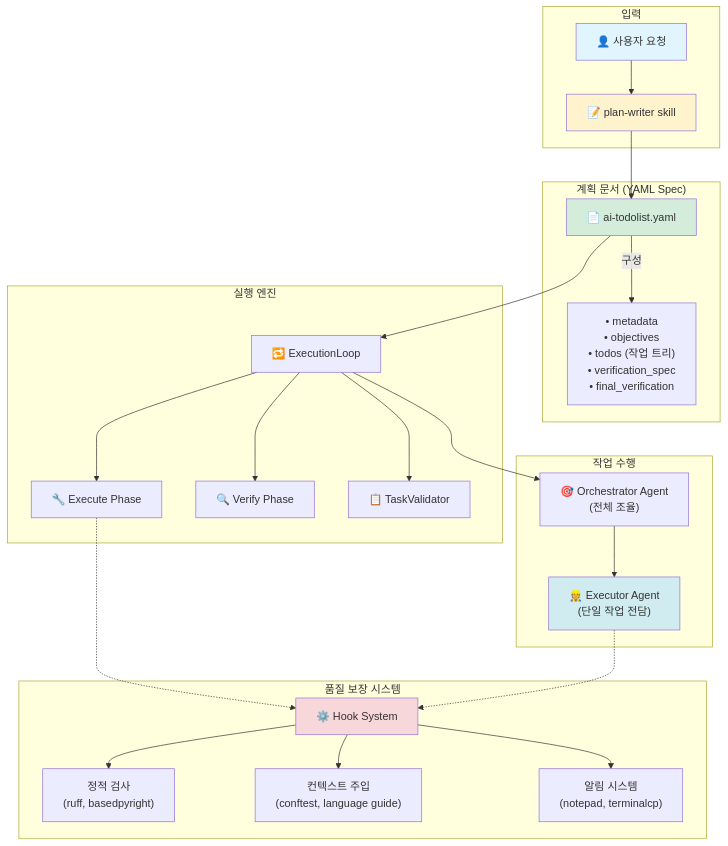
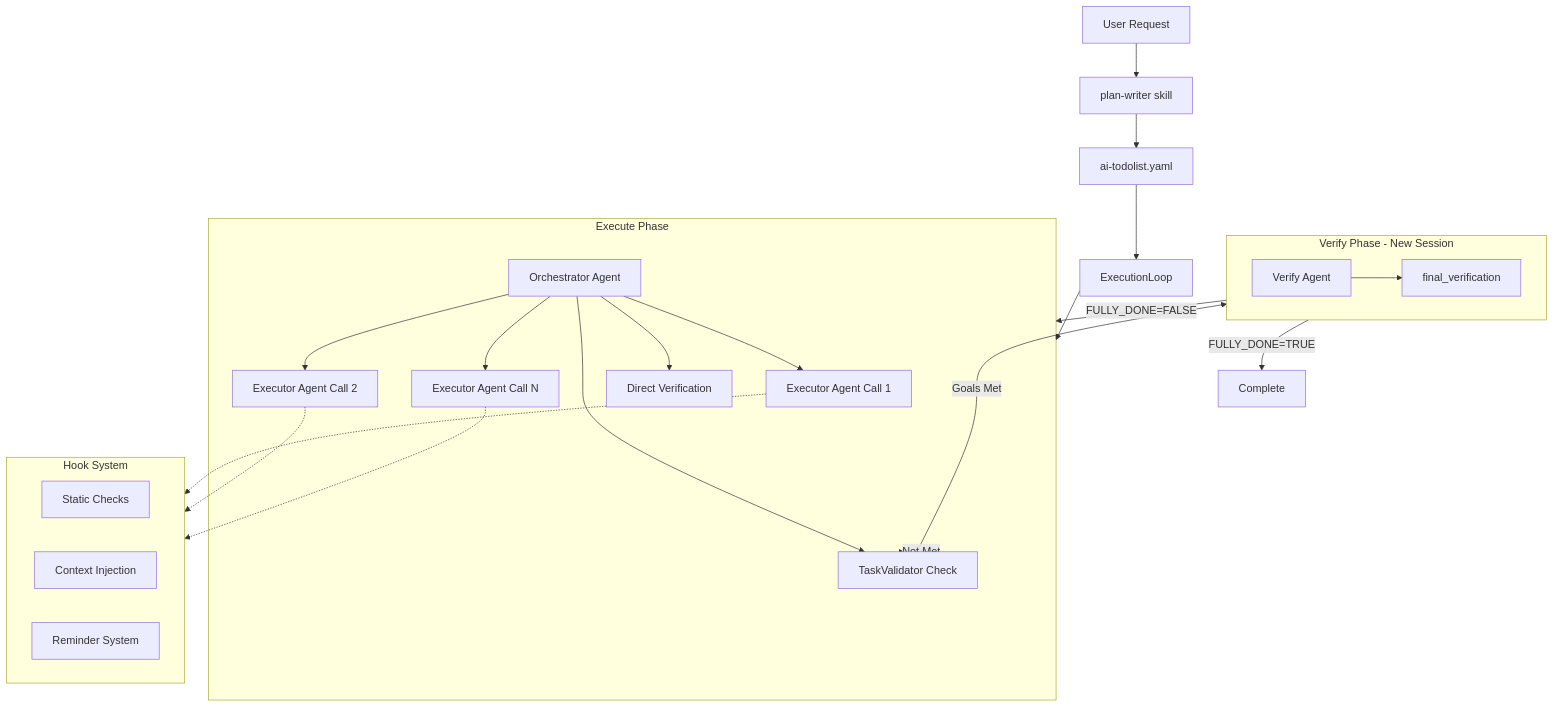
Before and after one commit to code-yeongyu/sisyphus-private: the first of 21 diagrams in flow-draft.md, drawn with Mermaid. The commit also changed other lines of this file and 150 other files, not shown here.

````diff
--- a/flow-draft.md
+++ b/flow-draft.md
@@ -25,41 +236,49 @@
 ```mermaid
 graph TB
-    subgraph "입력"
-        User["👤 사용자 요청"] --> PlanWriter["📝 plan-writer skill"]
+    User[User Request]
+    PlanWriter[plan-writer skill]
+    TodoList[ai-todolist.yaml]
+    Loop[ExecutionLoop]
+
+    subgraph ExecutePhase[Execute Phase]
+        Orchestrator[Orchestrator Agent]
+        Executor1[Executor Agent Call 1]
+        Executor2[Executor Agent Call 2]
+        ExecutorN[Executor Agent Call N]
+        DirectVerify[Direct Verification]
+        TaskValidator[TaskValidator Check]
+
+        Orchestrator --> Executor1
+        Orchestrator --> Executor2
+        Orchestrator --> ExecutorN
+        Orchestrator --> DirectVerify
+        Orchestrator --> TaskValidator
     end
 
-    subgraph "계획 문서 (YAML Spec)"
-        TodoList["📄 ai-todolist.yaml"]
-        TodoList -->|구성| Structure["• metadata<br/>• objectives<br/>• todos (작업 트리)<br/>• verification_spec<br/>• final_verification"]
+    subgraph VerifyPhase[Verify Phase - New Session]
+        VerifyAgent[Verify Agent]
+        FinalVerification[final_verification]
+
+        VerifyAgent --> FinalVerification
     end
 
-    subgraph "실행 엔진"
-        Loop["🔁 ExecutionLoop"] --> Execute["🔧 Execute Phase"]
-        Loop --> Verify["🔍 Verify Phase"]
-        Loop --> TV["📋 TaskValidator"]
+    subgraph HookSystem[Hook System]
+        StaticCheck[Static Checks]
+        ContextInject[Context Injection]
+        Reminder[Reminder System]
     end
 
-    subgraph "품질 보장 시스템"
-        Hooks["⚙️ Hook System"] --> Static["정적 검사<br/>(ruff, basedpyright)"]
-        Hooks --> Inject["컨텍스트 주입<br/>(conftest, language guide)"]
-        Hooks --> Remind["알림 시스템<br/>(notepad, terminalcp)"]
-    end
-
-    subgraph "작업 수행"
-        Executor["👷 Executor Agent<br/>(단일 작업 전담)"]
-        Orchestrator["🎯 Orchestrator Agent<br/>(전체 조율)"]
-    end
-
+    User --> PlanWriter
     PlanWriter --> TodoList
     TodoList --> Loop
-    Loop --> Orchestrator
-    Orchestrator --> Executor
-    Execute -.-> Hooks
-    Executor -.-> Hooks
+    Loop --> ExecutePhase
+    ExecutePhase --> TaskValidator
+    TaskValidator -->|Goals Met| VerifyPhase
+    TaskValidator -->|Not Met| ExecutePhase
+    VerifyPhase -->|FULLY_DONE=FALSE| ExecutePhase
+    VerifyPhase -->|FULLY_DONE=TRUE| Complete[Complete]
 
-    style User fill:#e1f5ff
-    style PlanWriter fill:#fff3cd
-    style TodoList fill:#d4edda
-    style Hooks fill:#f8d7da
-    style Executor fill:#d1ecf1
+    Executor1 -.-> HookSystem
+    Executor2 -.-> HookSystem
+    ExecutorN -.-> HookSystem
 ```
````
